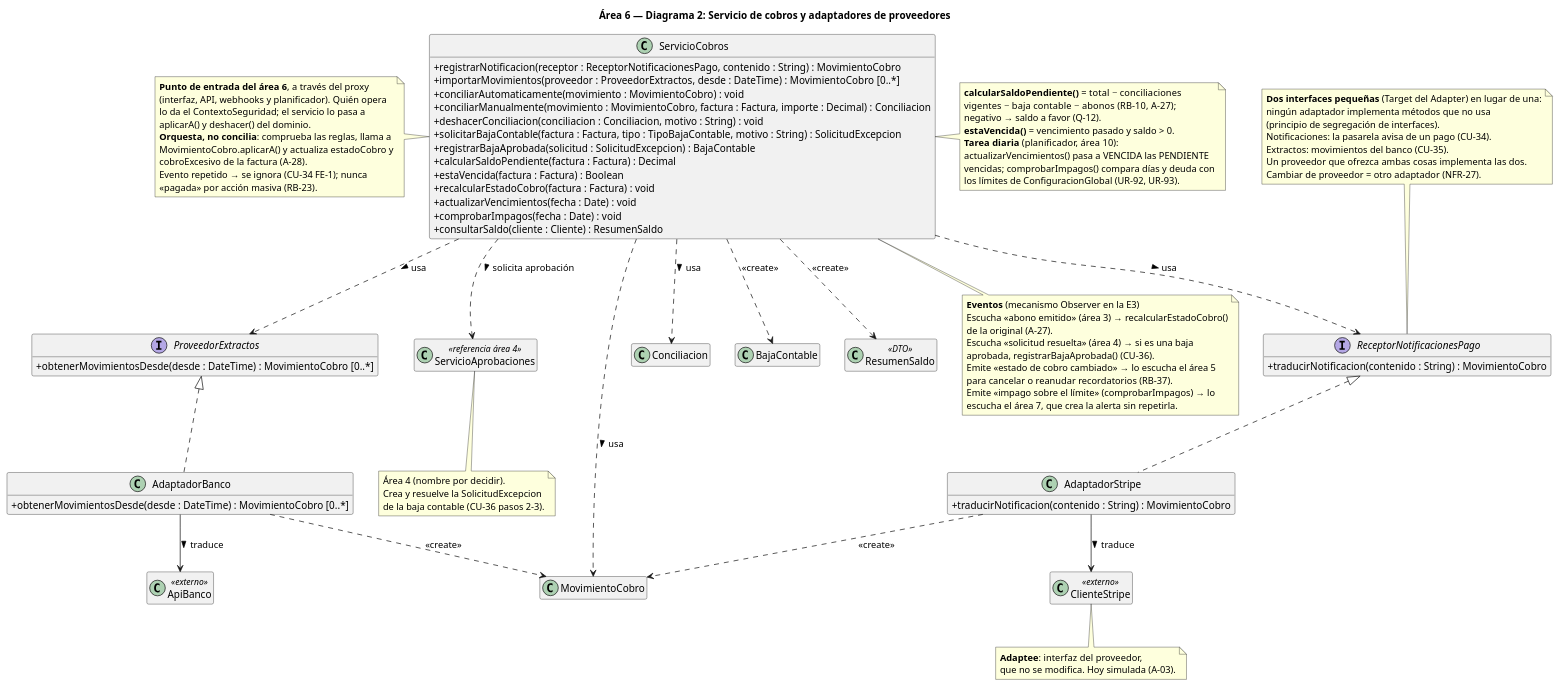
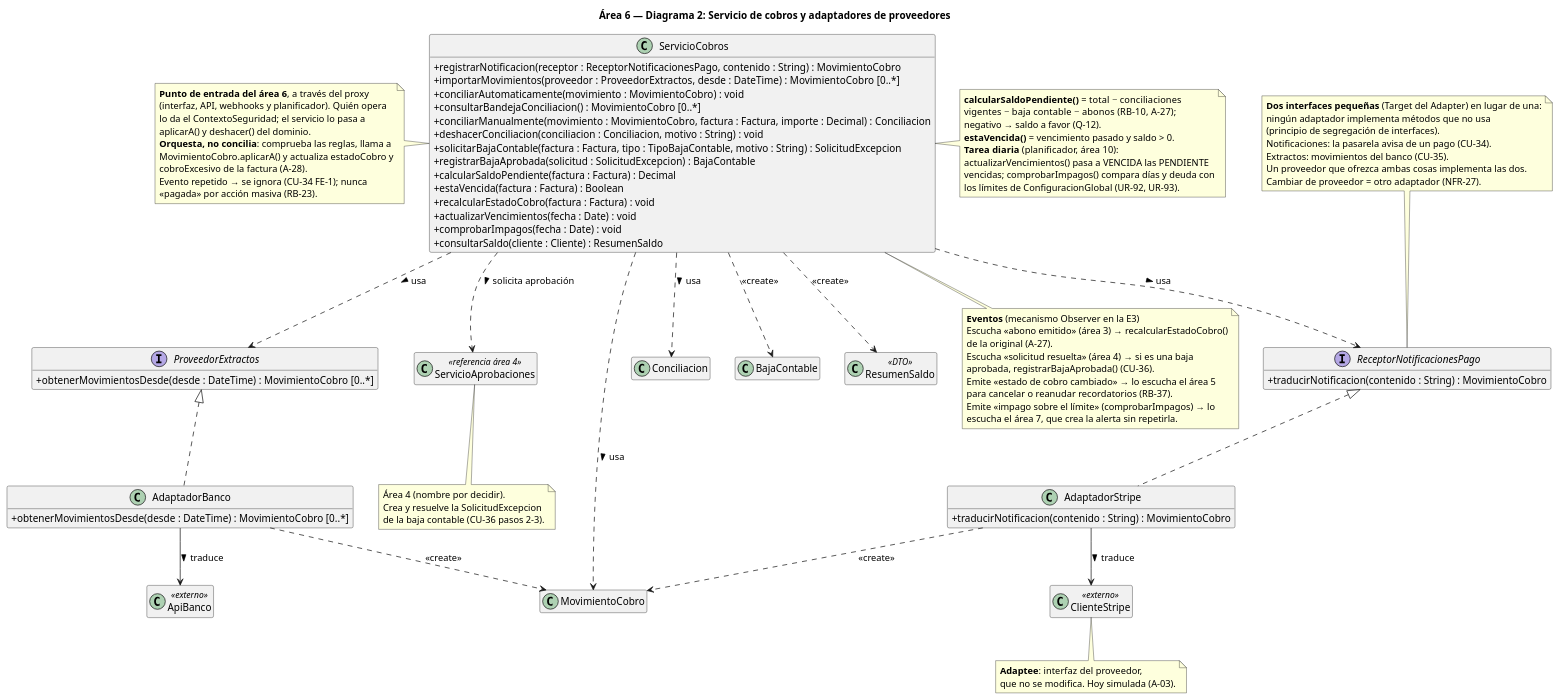
The diagram in Entrega2_GrupoBebes/entrega2/diagramas/clases/area06/area6_2_adapter_servicio.puml (naybetaomar/AyDA-ProyectoBebes), drawn with PlantUML before and after one commit. The commit also changed 29 other files, not shown here.

```diff
--- a/Entrega2_GrupoBebes/entrega2/diagramas/clases/area06/area6_2_adapter_servicio.puml
+++ b/Entrega2_GrupoBebes/entrega2/diagramas/clases/area06/area6_2_adapter_servicio.puml
@@ -1,116 +1,117 @@
 @startuml area6_2_adapter_servicio
 skinparam classAttributeIconSize 0
 hide empty members
 title Área 6 — Diagrama 2: Servicio de cobros y adaptadores de proveedores
 
 class ServicioCobros {
   + registrarNotificacion(receptor : ReceptorNotificacionesPago, contenido : String) : MovimientoCobro
   + importarMovimientos(proveedor : ProveedorExtractos, desde : DateTime) : MovimientoCobro [0..*]
   + conciliarAutomaticamente(movimiento : MovimientoCobro) : void
+  + consultarBandejaConciliacion() : MovimientoCobro [0..*]
   + conciliarManualmente(movimiento : MovimientoCobro, factura : Factura, importe : Decimal) : Conciliacion
   + deshacerConciliacion(conciliacion : Conciliacion, motivo : String) : void
   + solicitarBajaContable(factura : Factura, tipo : TipoBajaContable, motivo : String) : SolicitudExcepcion
   + registrarBajaAprobada(solicitud : SolicitudExcepcion) : BajaContable
   + calcularSaldoPendiente(factura : Factura) : Decimal
   + estaVencida(factura : Factura) : Boolean
   + recalcularEstadoCobro(factura : Factura) : void
   + actualizarVencimientos(fecha : Date) : void
   + comprobarImpagos(fecha : Date) : void
   + consultarSaldo(cliente : Cliente) : ResumenSaldo
 }
 
 interface ReceptorNotificacionesPago {
   + traducirNotificacion(contenido : String) : MovimientoCobro
 }
 interface ProveedorExtractos {
   + obtenerMovimientosDesde(desde : DateTime) : MovimientoCobro [0..*]
 }
 
 class AdaptadorStripe {
   + traducirNotificacion(contenido : String) : MovimientoCobro
 }
 class AdaptadorBanco {
   + obtenerMovimientosDesde(desde : DateTime) : MovimientoCobro [0..*]
 }
 
 class ClienteStripe <<externo>>
 class ApiBanco <<externo>>
 
 class ServicioAprobaciones <<referencia área 4>>
 
 class MovimientoCobro
 class Conciliacion
 class BajaContable
 class ResumenSaldo <<DTO>>
 
 ReceptorNotificacionesPago <|.. AdaptadorStripe
 ProveedorExtractos <|.. AdaptadorBanco
 AdaptadorStripe --> ClienteStripe : traduce >
 AdaptadorBanco --> ApiBanco : traduce >
 AdaptadorStripe ..> MovimientoCobro : <<create>>
 AdaptadorBanco ..> MovimientoCobro : <<create>>
 
 ServicioCobros ..> ReceptorNotificacionesPago : usa >
 ServicioCobros ..> ProveedorExtractos : usa >
 ServicioCobros ..> MovimientoCobro : usa >
 ServicioCobros ..> Conciliacion : usa >
 ServicioCobros ..> BajaContable : <<create>>
 ServicioCobros ..> ResumenSaldo : <<create>>
 ServicioCobros ..> ServicioAprobaciones : solicita aprobación >
 
 note top of ReceptorNotificacionesPago
   **Dos interfaces pequeñas** (Target del Adapter) en lugar de una:
   ningún adaptador implementa métodos que no usa
   (principio de segregación de interfaces).
   Notificaciones: la pasarela avisa de un pago (CU-34).
   Extractos: movimientos del banco (CU-35).
   Un proveedor que ofrezca ambas cosas implementa las dos.
   Cambiar de proveedor = otro adaptador (NFR-27).
 end note
 
 note bottom of ClienteStripe
   **Adaptee**: interfaz del proveedor,
   que no se modifica. Hoy simulada (A-03).
 end note
 
 note bottom of ServicioAprobaciones
   Área 4 (nombre por decidir).
   Crea y resuelve la SolicitudExcepcion
   de la baja contable (CU-36 pasos 2-3).
 end note
 
 note left of ServicioCobros
   **Punto de entrada del área 6**, a través del proxy
   (interfaz, API, webhooks y planificador). Quién opera
   lo da el ContextoSeguridad; el servicio lo pasa a
   aplicarA() y deshacer() del dominio.
   **Orquesta, no concilia**: comprueba las reglas, llama a
   MovimientoCobro.aplicarA() y actualiza estadoCobro y
   cobroExcesivo de la factura (A-28).
   Evento repetido → se ignora (CU-34 FE-1); nunca
   «pagada» por acción masiva (RB-23).
 end note
 
 note right of ServicioCobros
   **calcularSaldoPendiente()** = total − conciliaciones
   vigentes − baja contable − abonos (RB-10, A-27);
   negativo → saldo a favor (Q-12).
   **estaVencida()** = vencimiento pasado y saldo > 0.
   **Tarea diaria** (planificador, área 10):
   actualizarVencimientos() pasa a VENCIDA las PENDIENTE
   vencidas; comprobarImpagos() compara días y deuda con
   los límites de ConfiguracionGlobal (UR-92, UR-93).
 end note
 
 note bottom of ServicioCobros
   **Eventos** (mecanismo Observer en la E3)
   Escucha «abono emitido» (área 3) → recalcularEstadoCobro()
   de la original (A-27).
   Escucha «solicitud resuelta» (área 4) → si es una baja
   aprobada, registrarBajaAprobada() (CU-36).
   Emite «estado de cobro cambiado» → lo escucha el área 5
   para cancelar o reanudar recordatorios (RB-37).
   Emite «impago sobre el límite» (comprobarImpagos) → lo
   escucha el área 7, que crea la alerta sin repetirla.
 end note
 @enduml
```
